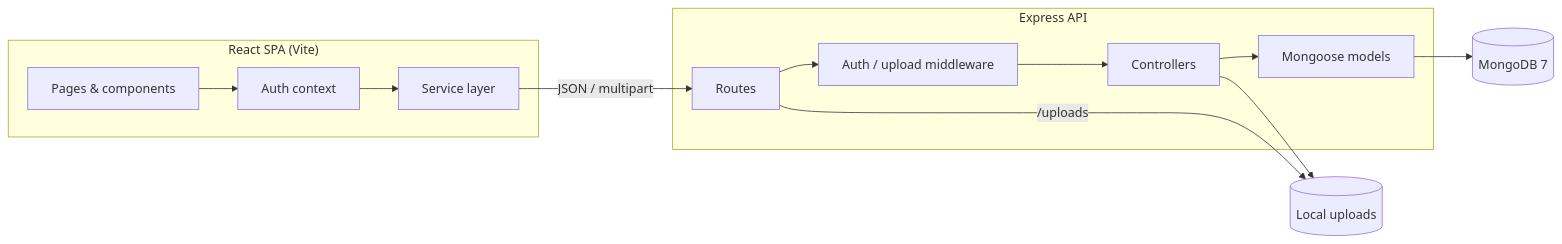
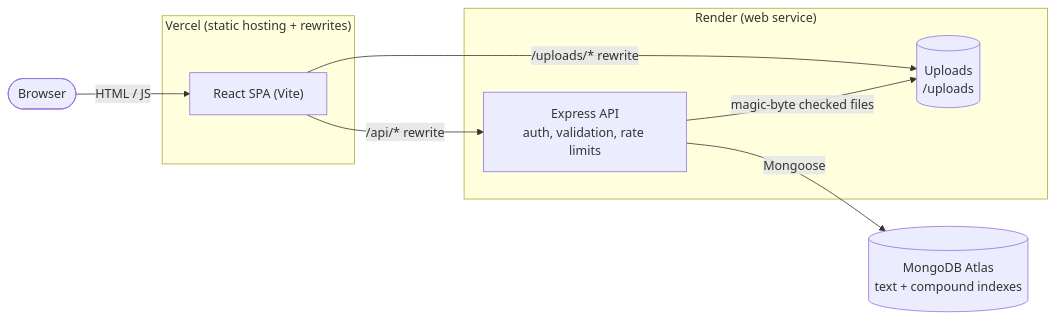
Before and after one commit to junjhon12/backroom-housing: the diagram in README.md, drawn with Mermaid. The commit also changed other lines of this file, not shown here.

Commit message:
docs: add deployment architecture diagram and Decisions section
Extend the README architecture diagram to show the real deployment
(Vercel -> Render -> MongoDB Atlas, including the /api and /uploads
rewrites from vercel.json) and add a Decisions section explaining the
reasoning behind three engineering choices:

- MongoDB text index over regex or a separate search service
- Optimistic UI with rollback for favorites and deletes
- Magic-byte verification for image uploads

Docs only; no code changes.

````diff
--- a/README.md
+++ b/README.md
@@ -70,24 +70,21 @@
 ```mermaid
 flowchart LR
-    subgraph Client["React SPA (Vite)"]
-        UI[Pages & components]
-        CTX[Auth context]
-        SVC[Service layer]
+    User([Browser])
+
+    subgraph Vercel["Vercel (static hosting + rewrites)"]
+        SPA["React SPA (Vite)"]
     end
 
-    subgraph API["Express API"]
-        R[Routes]
-        MW[Auth / upload middleware]
-        C[Controllers]
-        M[Mongoose models]
+    subgraph Render["Render (web service)"]
+        API["Express API<br/>auth, validation, rate limits"]
+        FS[("Uploads<br/>/uploads")]
     end
 
-    DB[(MongoDB 7)]
-    FS[(Local uploads)]
+    DB[("MongoDB Atlas<br/>text + compound indexes")]
 
-    UI --> CTX --> SVC
-    SVC -->|JSON / multipart| R
-    R --> MW --> C --> M --> DB
-    C --> FS
-    R -->|/uploads| FS
+    User -->|HTML / JS| SPA
+    SPA -->|"/api/* rewrite"| API
+    SPA -->|"/uploads/* rewrite"| FS
+    API -->|Mongoose| DB
+    API -->|magic-byte checked files| FS
 ```
````
